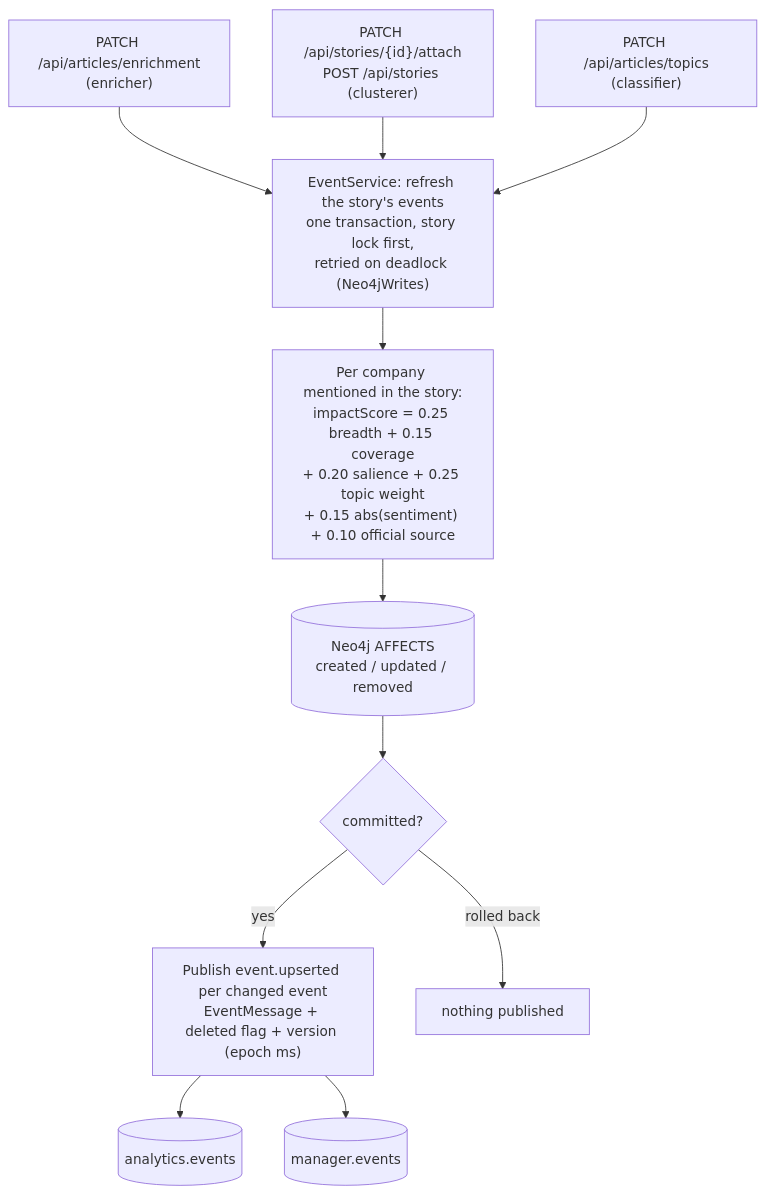
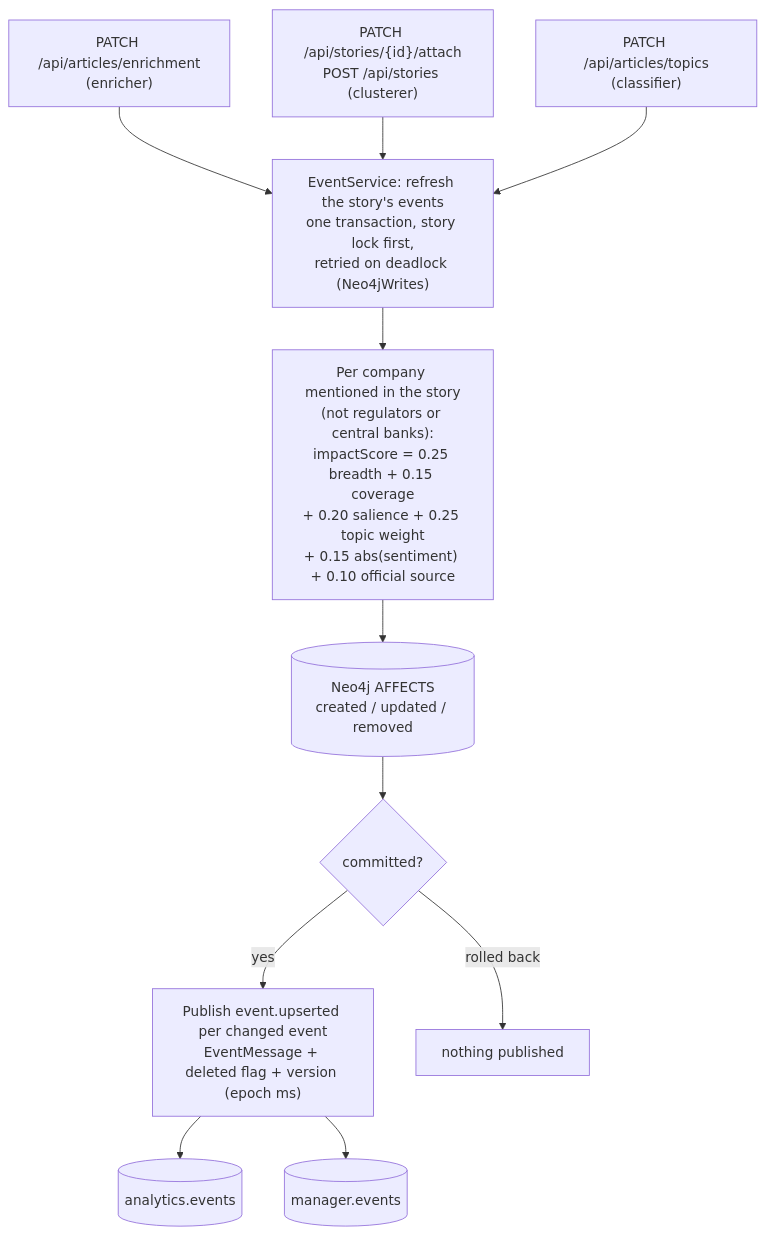
The third of 7 diagrams in documentation/SYSTEM_FLOW.md (gabriel-2802/News-Media-Company-Tracker), drawn with Mermaid before and after one commit. The commit also changed other lines of this file and 3 other files, not shown here.

````diff
--- a/documentation/SYSTEM_FLOW.md
+++ b/documentation/SYSTEM_FLOW.md
@@ -138,15 +138,15 @@
 ```mermaid
 flowchart TD
     enrich["PATCH /api/articles/enrichment<br/>(enricher)"] --> refresh
     attach["PATCH /api/stories/{id}/attach<br/>POST /api/stories (clusterer)"] --> refresh
     topics["PATCH /api/articles/topics<br/>(classifier)"] --> refresh
 
     refresh["EventService: refresh the story's events<br/>one transaction, story lock first,<br/>retried on deadlock (Neo4jWrites)"]
-    refresh --> calc["Per company mentioned in the story:<br/>impactScore = 0.25 breadth + 0.15 coverage<br/>+ 0.20 salience + 0.25 topic weight<br/>+ 0.15 abs(sentiment) + 0.10 official source"]
+    refresh --> calc["Per company mentioned in the story<br/>(not regulators or central banks):<br/>impactScore = 0.25 breadth + 0.15 coverage<br/>+ 0.20 salience + 0.25 topic weight<br/>+ 0.15 abs(sentiment) + 0.10 official source"]
     calc --> write[("Neo4j AFFECTS<br/>created / updated / removed")]
     write --> commit{committed?}
     commit -->|yes| pub["Publish event.upserted per changed event<br/>EventMessage + deleted flag + version (epoch ms)"]
     commit -->|rolled back| none[nothing published]
     pub --> aq[(analytics.events)]
     pub --> mq[(manager.events)]
 ```
````
